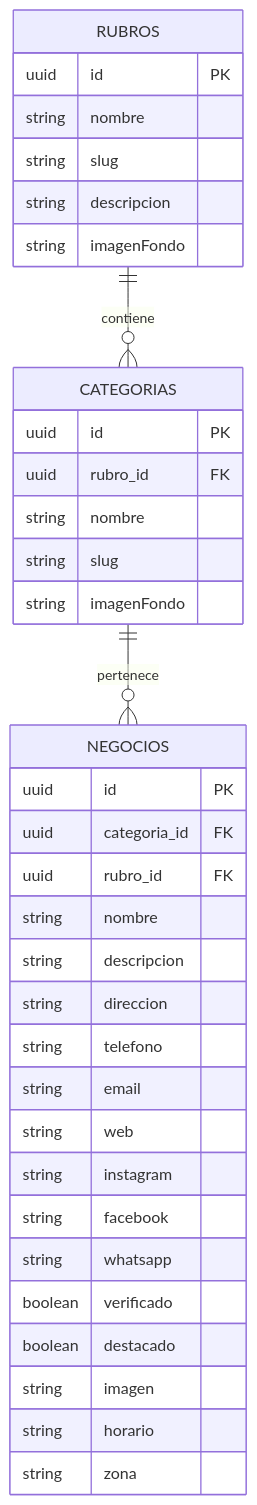
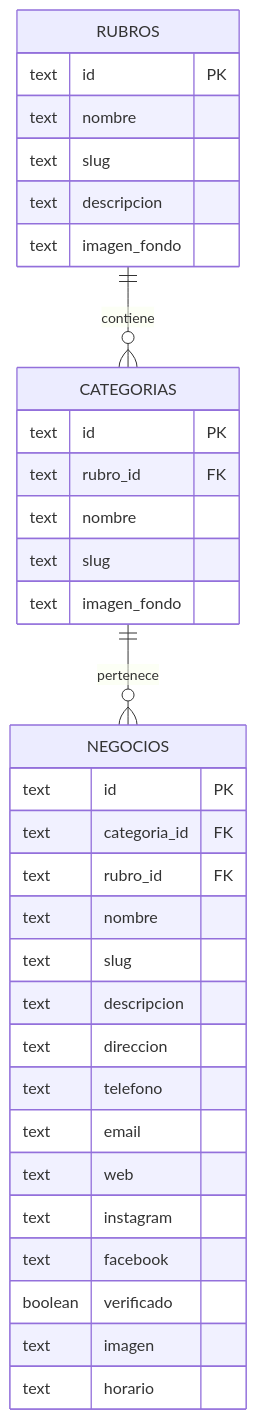
One commit to JosueGaticaOdato/SegundaMano changed the diagram in README.md. Above: the diagram before and after it, drawn with Mermaid. The commit also changed other lines of this file, not shown here.

````diff
--- a/README.md
+++ b/README.md
@@ -76,41 +79,39 @@
 ```mermaid
 erDiagram
     RUBROS ||--o{ CATEGORIAS : "contiene"
     CATEGORIAS ||--o{ NEGOCIOS : "pertenece"
     
     RUBROS {
-        uuid id PK
-        string nombre
-        string slug
-        string descripcion
-        string imagenFondo
+        text id PK
+        text nombre
+        text slug
+        text descripcion
+        text imagen_fondo
     }
     
     CATEGORIAS {
-        uuid id PK
-        uuid rubro_id FK
-        string nombre
-        string slug
-        string imagenFondo
+        text id PK
+        text rubro_id FK
+        text nombre
+        text slug
+        text imagen_fondo
     }
     
     NEGOCIOS {
-        uuid id PK
-        uuid categoria_id FK
-        uuid rubro_id FK
-        string nombre
-        string descripcion
-        string direccion
-        string telefono
-        string email
-        string web
-        string instagram
-        string facebook
-        string whatsapp
+        text id PK
+        text categoria_id FK
+        text rubro_id FK
+        text nombre
+        text slug
+        text descripcion
+        text direccion
+        text telefono
+        text email
+        text web
+        text instagram
+        text facebook
         boolean verificado
-        boolean destacado
-        string imagen
-        string horario
-        string zona
+        text imagen
+        text horario
     }
 ```
````
